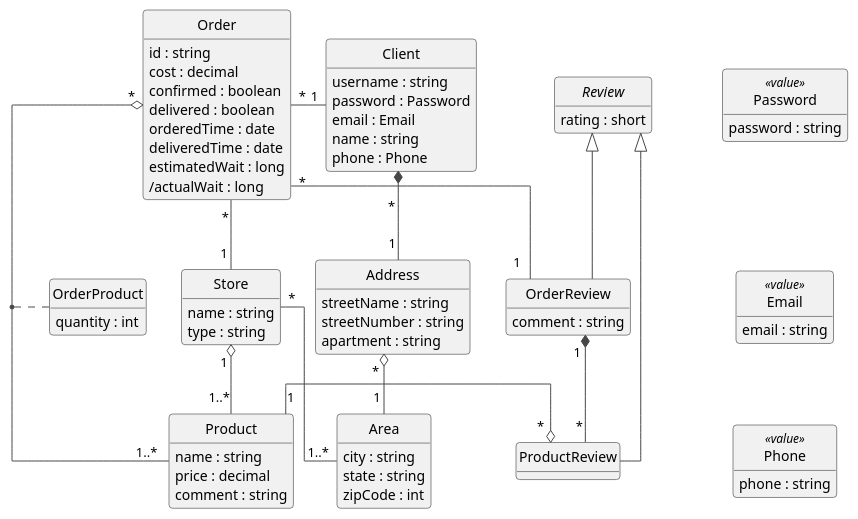
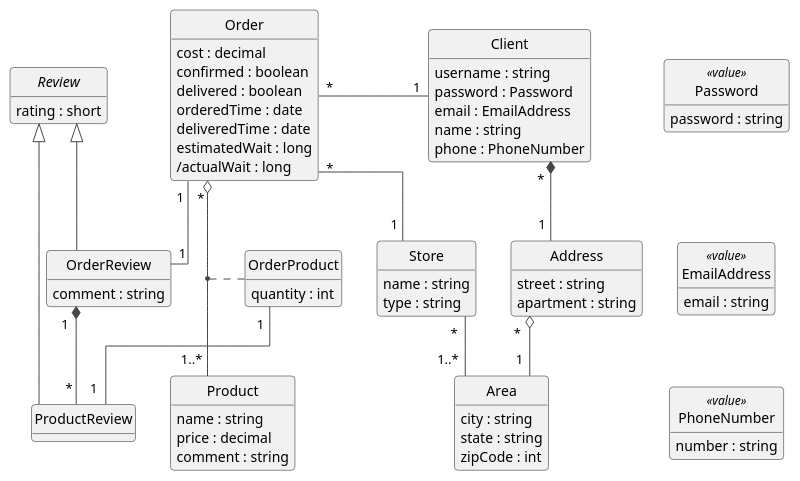
One commit to jkakats/Quarkus-Delivery changed the diagram in docs/uml/domain-model.puml. Above: the diagram before and after it, drawn with PlantUML. The commit also changed 2 other files, not shown here.

```diff
--- a/docs/uml/domain-model.puml
+++ b/docs/uml/domain-model.puml
@@ -1,103 +1,100 @@
 @startuml
 !theme vibrant
 
 skinparam style strictuml
 skinparam linetype ortho
 ' skinparam backgroundColor transparent
 
 hide circle
 hide empty methods
 
 class Store {
   name : string
   type : string
 }
 
 class Order {
-  id : string
   cost : decimal
   confirmed : boolean
   delivered : boolean
   orderedTime : date
   deliveredTime : date
   estimatedWait : long
   /actualWait : long
 }
 
 class OrderProduct {
   quantity : int
 }
 
 class Product {
   name : string
   price : decimal
   comment : string
 }
 
 class Client {
   username : string
   password : Password
-  email : Email
+  email : EmailAddress
   name : string
-  phone : Phone
+  phone : PhoneNumber
 }
 
 class Address {
-  streetName : string
-  streetNumber : string
+  street : string
   apartment : string
 }
 
 class Area {
   city : string
   state : string
   zipCode : int
 }
 
 interface Review {
   rating : short
 }
 
 class OrderReview {
   comment : string
 }
 
 class ProductReview {
 }
 
 together {
   class Password <<value>> {
     password : string
   }
 
-  class Email <<value>> {
+  class EmailAddress <<value>> {
     email : string
   }
 
-  class Phone <<value>> {
-    phone : string
+  class PhoneNumber <<value>> {
+    number : string
   }
 }
 
-Password -down[hidden]- Email
-Email -down[hidden]- Phone
+Password -down[hidden]- EmailAddress
+EmailAddress -down[hidden]- PhoneNumber
 
 Review <|-- OrderReview
 Review <|-- ProductReview
 
 Client "1" -left- "*" Order
-Client "\n\t\t~*" *-- "1 " Address
+Client "~*   " *-- "1" Address
 
-Order "~* " -- "1 " Store
-Order "*" o-- "1..* " Product
+Order "\n\n~*" -- "1" Store
+Order "*" o-- "1..*" Product
 (Order, Product) .. OrderProduct
 
-Store "~*  " -- " 1..*" Area
-Store "1 " o-- "1..*" Product
+Store "~*    " -- "1..*" Area
 
-Address "~* " o-- "1 " Area
+Address "*" o-- "1   " Area
 
-Order "\n\n\n*" -- "1" OrderReview
-OrderReview "1  " *-- "~*  " ProductReview
-ProductReview "*" o-left- "1" Product
+Order "1" -- "1" OrderReview
+OrderReview "1" *-- "*" ProductReview
+ProductReview "1    " -up- "1" OrderProduct
 @enduml
```
